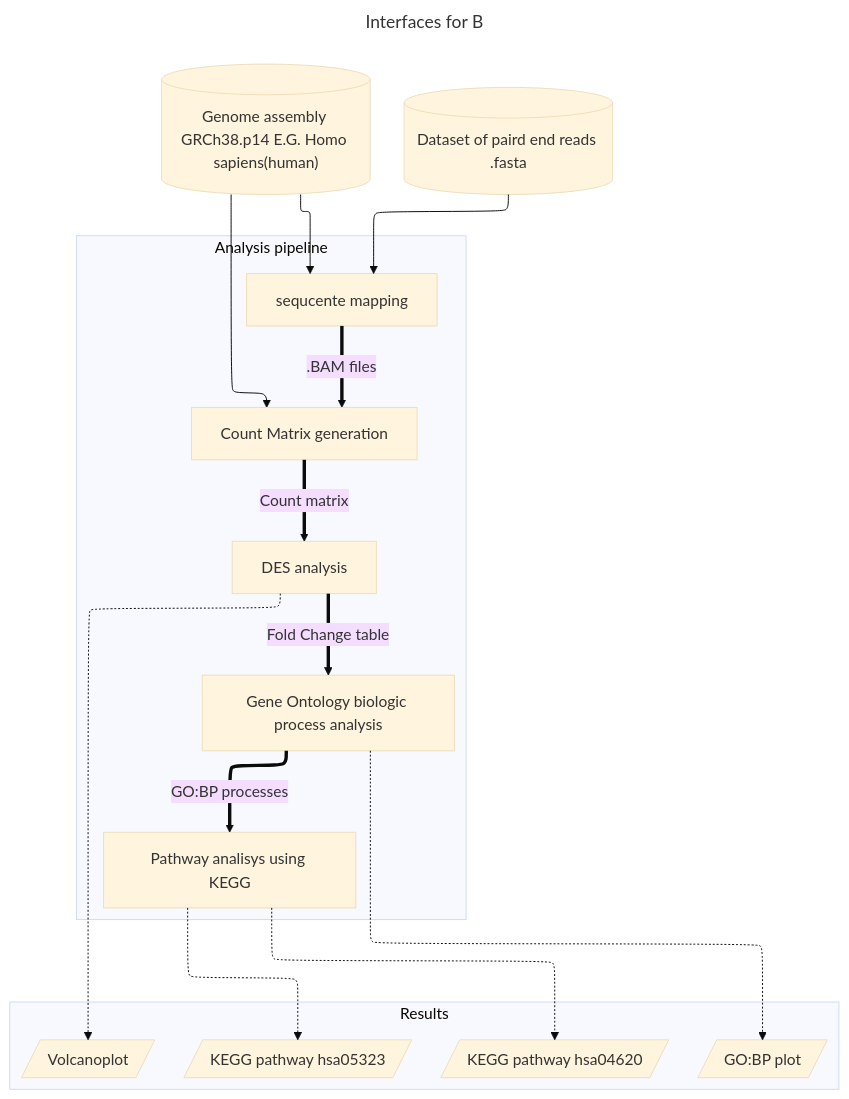
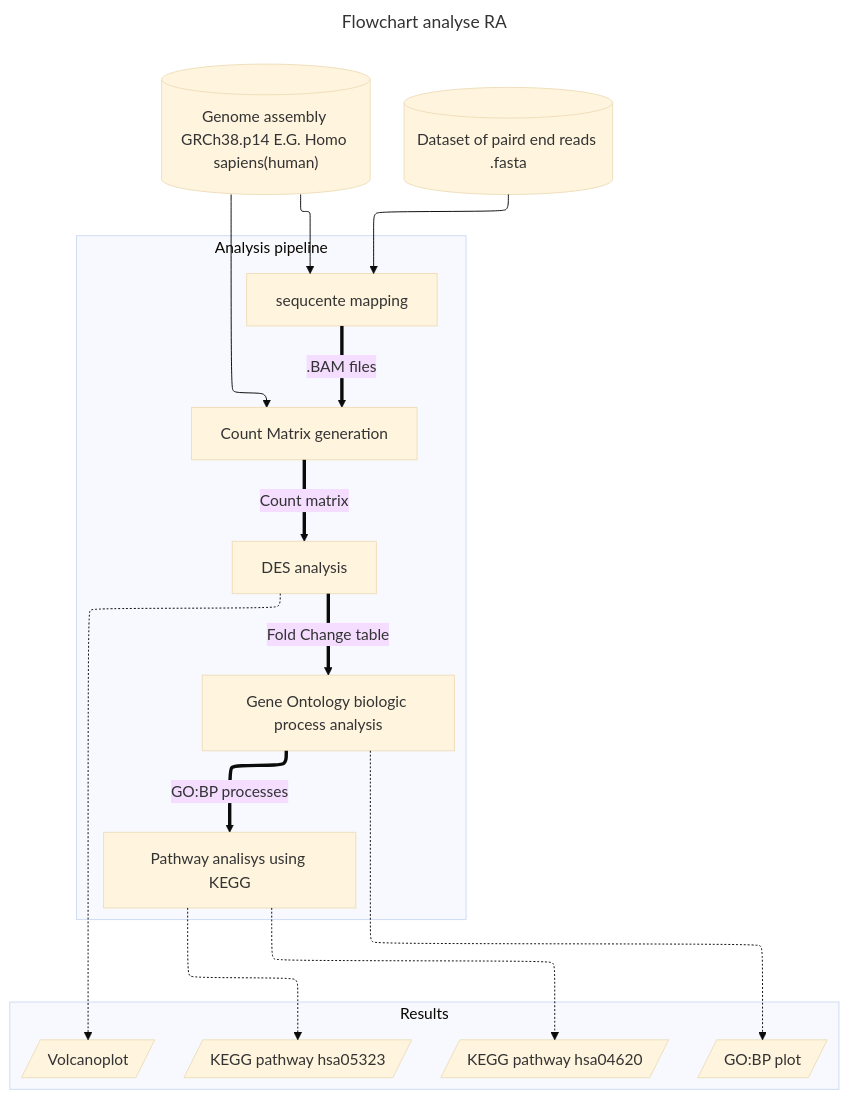
The diagram in README.md (Quantum-Coder826/J2P4casusTranscriptomics), drawn with Mermaid (base theme) before and after one commit.

Commit message:
Added fig name

````diff
--- a/README.md
+++ b/README.md
@@ -38,43 +38,43 @@
 ```mermaid
 ---
 config:
   flowchart:
     defaultRenderer: elk
-title: Interfaces for B
+title: Flowchart analyse RA 
 ---
 flowchart-elk TB
   HG38[("Genome assembly GRCh38.p14 E.G. Homo sapiens(human)")]
   HG38 --> seq_map
   HG38 --> matrix
   
   dataset[("Dataset of paird end reads .fasta")] --> seq_map
   
   subgraph one [Analysis pipeline]
         seq_map["sequcente mapping"] ==>|".BAM files"| matrix
         matrix["Count Matrix generation"] ==>|"Count matrix"| data_ana
         data_ana["DES analysis"] ==>|"Fold Change table"| GO_ana
         GO_ana["Gene Ontology biologic process analysis"] ==>|"GO:BP processes"| KEGG_ana
         KEGG_ana["Pathway analisys using KEGG"]
   end
   
   subgraph two [Results]
     GO_ana -.-> GO_plot[/"GO:BP plot"/]
     KEGG_ana -.-> KEGG_hsa05323[/"KEGG pathway hsa05323"/]
     KEGG_ana -.-> KEGG_hsa04620[/"KEGG pathway hsa04620"/]
     data_ana -.-> Volcano[/"Volcanoplot"/]
   end
   
 
   classDef hidden display: none
   click HG38 "https://www.ncbi.nlm.nih.gov/datasets/genome/GCF_000001405.40/"
   click seq_map "https://github.com/Quantum-Coder826/J2P4casusTranscriptomics/blob/main/scripts/seq_mapping.R"
   click matrix "https://github.com/Quantum-Coder826/J2P4casusTranscriptomics/blob/main/scripts/count_matrix.R"
   click data_ana "https://github.com/Quantum-Coder826/J2P4casusTranscriptomics/blob/main/scripts/data_ana.R"
   click GO_ana "https://github.com/Quantum-Coder826/J2P4casusTranscriptomics/blob/main/scripts/GO_analysis.R"
   click KEGG_ana "https://github.com/Quantum-Coder826/J2P4casusTranscriptomics/blob/main/scripts/KEGG_analysis.R"
   click GO_plot "https://github.com/Quantum-Coder826/J2P4casusTranscriptomics/blob/main/results/GO/GOanalysis.png"
   click KEGG_hsa05323 "https://github.com/Quantum-Coder826/J2P4casusTranscriptomics/blob/main/results/hsa05323.pathview.png"
   click KEGG_hsa04620 "https://github.com/Quantum-Coder826/J2P4casusTranscriptomics/blob/main/results/hsa04620.pathview.png"
   click Volcano "https://github.com/Quantum-Coder826/J2P4casusTranscriptomics/blob/main/results/VolcanoplotWC.png"
 
 ```
````
